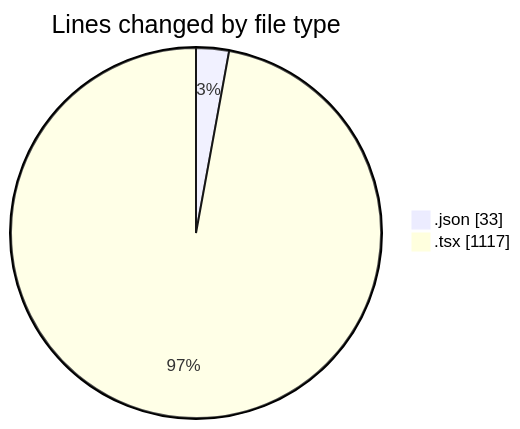
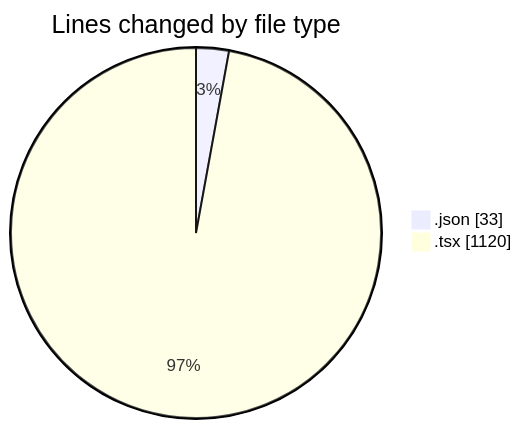
The first of 2 diagrams in 2025-03-11/projet_stage/README.md (Elitesun/code-tracking), drawn with Mermaid before and after one commit. The commit also changed other lines of this file and 1 other file, not shown here.

````diff
--- a/2025-03-11/projet_stage/README.md
+++ b/2025-03-11/projet_stage/README.md
@@ -30,6 +30,6 @@
 ```mermaid
 pie showData
 title Lines changed by file type
 ".json" : 33
-".tsx" : 1117
+".tsx" : 1120
 ```
````
